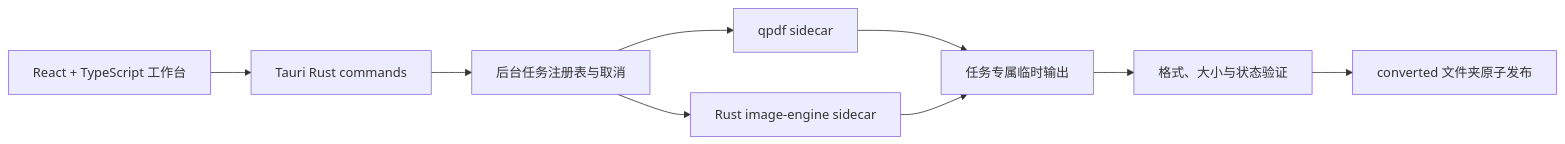
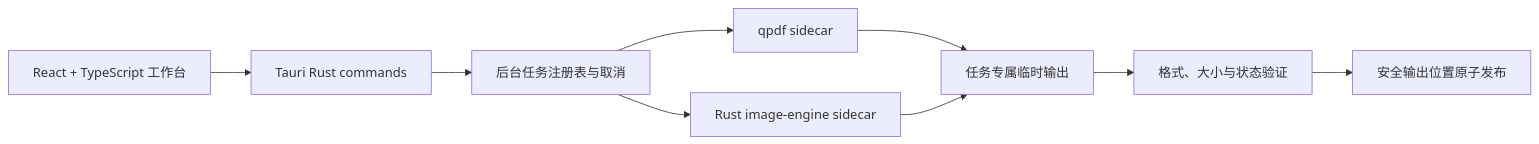
The diagram in docs/showcase.md (1373878757-ux/localconvert-desktop), drawn with Mermaid before and after one commit. The commit also changed other lines of this file and 5 other files, not shown here.

````diff
--- a/docs/showcase.md
+++ b/docs/showcase.md
@@ -46,11 +46,11 @@
 ```mermaid
 flowchart LR
     UI["React + TypeScript 工作台"] --> CMD["Tauri Rust commands"]
     CMD --> QUEUE["后台任务注册表与取消"]
     QUEUE --> QPDF["qpdf sidecar"]
     QUEUE --> IMG["Rust image-engine sidecar"]
     QPDF --> TEMP["任务专属临时输出"]
     IMG --> TEMP
     TEMP --> CHECK["格式、大小与状态验证"]
-    CHECK --> FINAL["converted 文件夹原子发布"]
+    CHECK --> FINAL["安全输出位置原子发布"]
 ```
````
